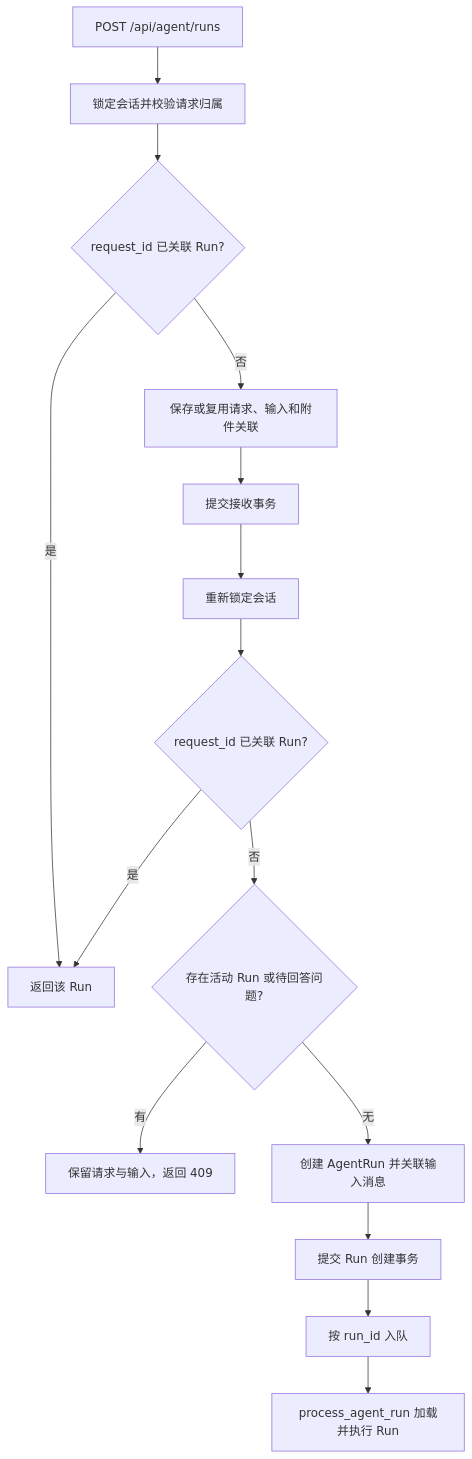
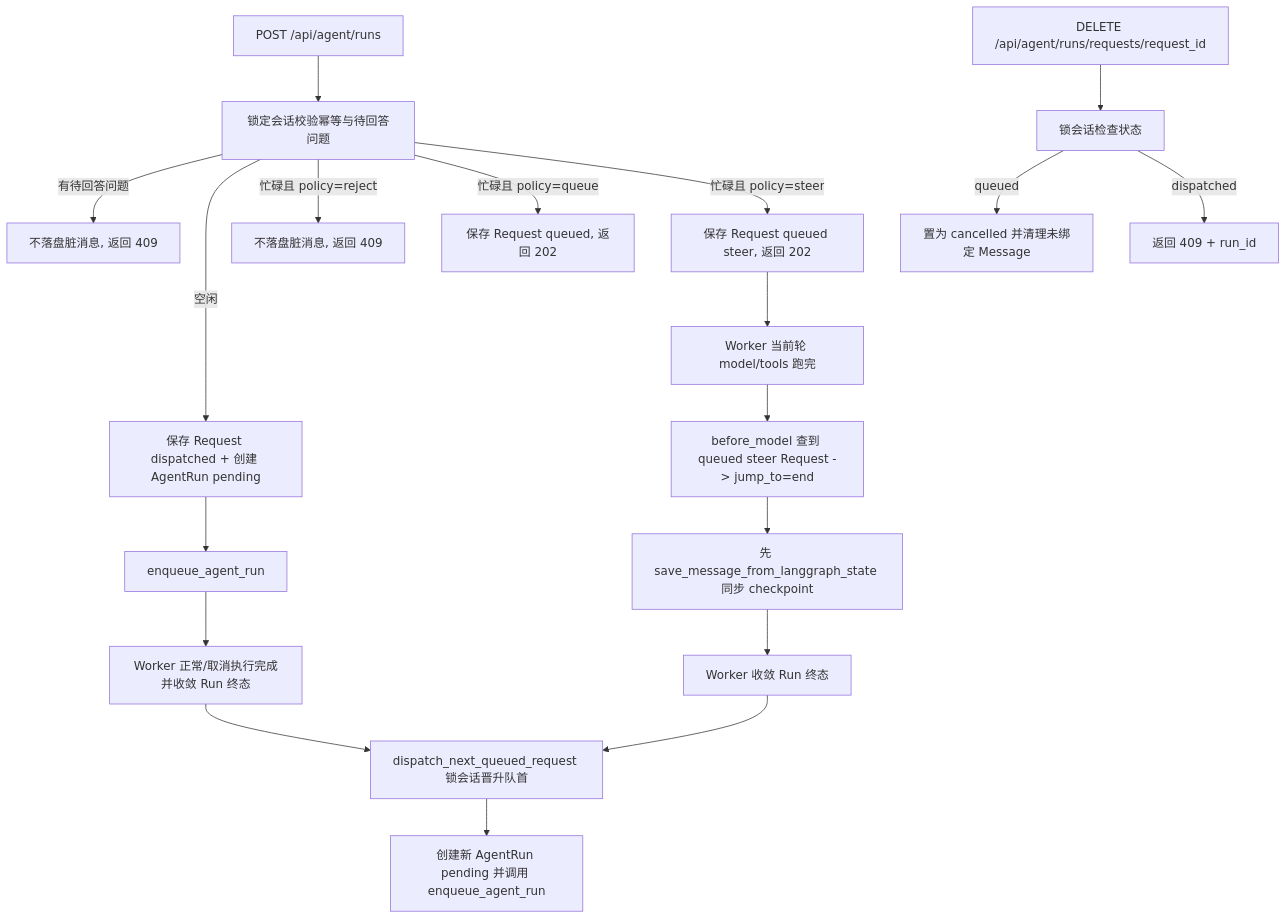
The second of 2 diagrams in docs/spec/run/request-dispatch/spec.md (Agent-Multiverse-Lab/agent-stack), drawn with Mermaid before and after one commit. The commit also changed other lines of this file and 9 other files, not shown here.

````diff
--- a/docs/spec/run/request-dispatch/spec.md
+++ b/docs/spec/run/request-dispatch/spec.md
@@ -210,17 +232,23 @@
 ```mermaid
 flowchart TD
-    A[POST /api/agent/runs] --> B[锁定会话并校验请求归属]
-    B --> C{request_id 已关联 Run?}
-    C -->|是| D[返回该 Run]
-    C -->|否| E[保存或复用请求、输入和附件关联]
-    E --> F[提交接收事务]
-    F --> G[重新锁定会话]
-    G --> H{request_id 已关联 Run?}
-    H -->|是| D
-    H -->|否| I{存在活动 Run 或待回答问题?}
-    I -->|有| J[保留请求与输入，返回 409]
-    I -->|无| K[创建 AgentRun 并关联输入消息]
-    K --> L[提交 Run 创建事务]
-    L --> M[按 run_id 入队]
-    M --> N[process_agent_run 加载并执行 Run]
+    A[POST /api/agent/runs] --> B[锁定会话校验幂等与待回答问题]
+    B -->|有待回答问题| C[不落盘脏消息, 返回 409]
+    B -->|空闲| D[保存 Request dispatched + 创建 AgentRun pending]
+    D --> E[enqueue_agent_run]
+    B -->|忙碌且 policy=reject| F[不落盘脏消息, 返回 409]
+    B -->|忙碌且 policy=queue| G[保存 Request queued, 返回 202]
+    B -->|忙碌且 policy=steer| H[保存 Request queued steer, 返回 202]
+
+    H --> I[Worker 当前轮 model/tools 跑完]
+    I --> J[before_model 查到 queued steer Request -> jump_to=end]
+    J --> K[先 save_message_from_langgraph_state 同步 checkpoint]
+    K --> L[Worker 收敛 Run 终态]
+    E --> M[Worker 正常/取消执行完成并收敛 Run 终态]
+    L --> N[dispatch_next_queued_request 锁会话晋升队首]
+    M --> N
+    N --> O[创建新 AgentRun pending 并调用 enqueue_agent_run]
+
+    P[DELETE /api/agent/runs/requests/request_id] --> Q[锁会话检查状态]
+    Q -->|queued| R[置为 cancelled 并清理未绑定 Message]
+    Q -->|dispatched| S[返回 409 + run_id]
 ```
````
